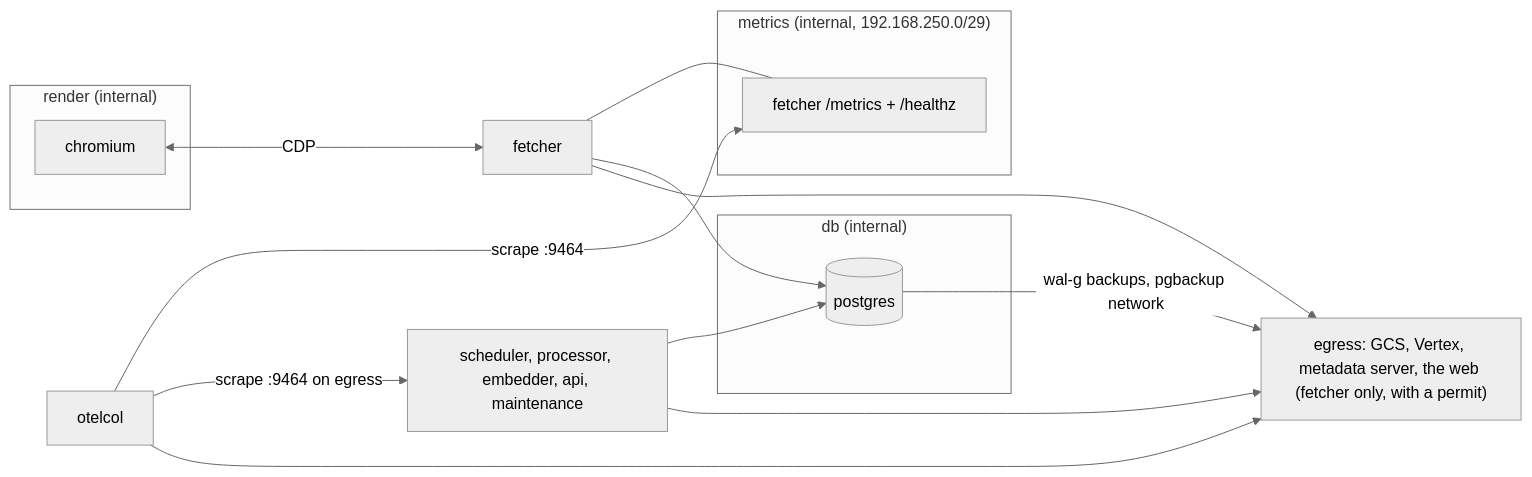
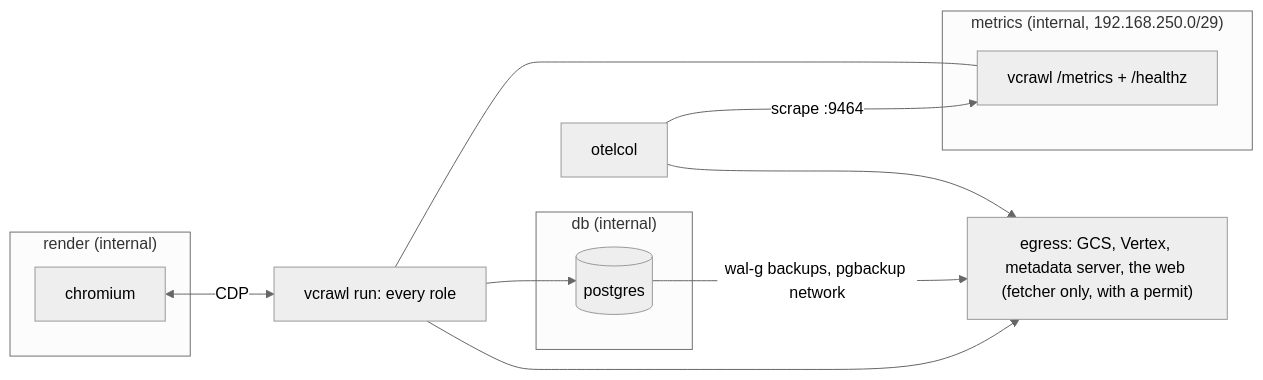
Before and after one commit to rupakc/travel-planner-crawler: the second of 3 diagrams in docs/wiki/Architecture.md, drawn with Mermaid (neutral theme). The commit also changed other lines of this file and 18 other files, not shown here.

````diff
--- a/docs/wiki/Architecture.md
+++ b/docs/wiki/Architecture.md
@@ -80,27 +90,23 @@
 ```mermaid
 flowchart LR
   subgraph render["render (internal)"]
     CHR["chromium"]
   end
   subgraph metrics["metrics (internal, 192.168.250.0/29)"]
-    FM["fetcher /metrics + /healthz"]
+    FM["vcrawl /metrics + /healthz"]
   end
   subgraph db["db (internal)"]
     PG[("postgres")]
   end
-  ROLES["scheduler, processor, embedder, api, maintenance"]
-  FET["fetcher"]
+  VC["vcrawl run: every role"]
   OTL["otelcol"]
   OUT["egress: GCS, Vertex, metadata server, the web (fetcher only, with a permit)"]
 
-  CHR <-->|"CDP"| FET
-  FET --- FM
+  CHR <-->|"CDP"| VC
+  VC --- FM
   OTL -->|"scrape :9464"| FM
-  OTL -->|"scrape :9464 on egress"| ROLES
-  FET --> PG
-  ROLES --> PG
-  FET --> OUT
-  ROLES --> OUT
+  VC --> PG
+  VC --> OUT
   OTL --> OUT
   PG -->|"wal-g backups, pgbackup network"| OUT
 ```
````
